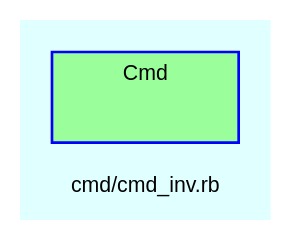
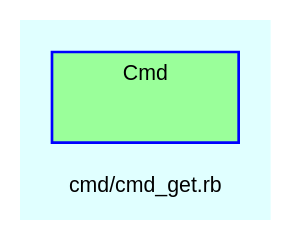
The diagram in doc/dot/f_7.dot (Tyche/teensymud), drawn with Graphviz before and after one commit. The commit also changed 65 other files, not shown here.

```diff
--- a/doc/dot/f_7.dot
+++ b/doc/dot/f_7.dot
@@ -1,29 +1,29 @@
 digraph TopLevel {
     compound = true
     bgcolor = lightcyan1
     fontname = Arial
     fontsize = 8
-    label = "cmd/cmd_inv.rb"
+    label = "cmd/cmd_get.rb"
     node [
         fontname = Arial,
         fontsize = 8,
         color = black
     ]
 
     subgraph cluster_Cmd {
         fillcolor = palegreen1
         URL = "classes/Cmd.html"
         fontname = Arial
         color = blue
         label = "Cmd"
         style = filled
         Cmd [
             shape = plaintext,
             height = 0.01,
             width = 0.75,
             label = ""
         ]
 
     }
 
 }
```
